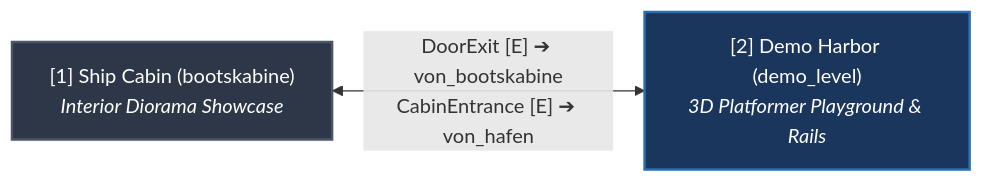
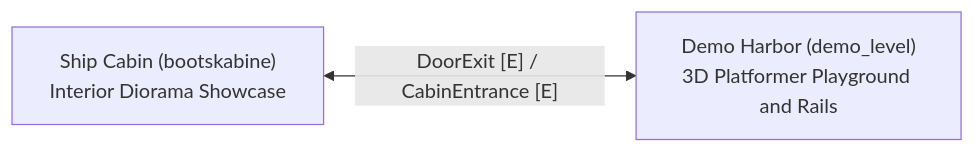
Before and after one commit to jaluraDEV/jalura-framework: the diagram in docs/world_map.md, drawn with Mermaid. The commit also changed other lines of this file and 5 other files, not shown here.

Commit message:
fix(docs): resolve GitHub Mermaid diagram syntax errors and convert file links to relative paths

````diff
--- a/docs/world_map.md
+++ b/docs/world_map.md
@@ -10,10 +10,7 @@
 ```mermaid
-graph LR
-    classDef interior fill:#2d3748,stroke:#4a5568,stroke-width:2px,color:#fff;
-    classDef overworld fill:#1a365d,stroke:#2b6cb0,stroke-width:2px,color:#fff;
+flowchart LR
+    cabin["Ship Cabin (bootskabine)<br/>Interior Diorama Showcase"]
+    harbor["Demo Harbor (demo_level)<br/>3D Platformer Playground and Rails"]
 
-    cabin["[1] Ship Cabin (bootskabine)<br/><i>Interior Diorama Showcase</i>"]:::interior
-    harbor["[2] Demo Harbor (demo_level)<br/><i>3D Platformer Playground & Rails</i>"]:::overworld
-
-    cabin <--> |"DoorExit [E] ➔ von_bootskabine<br/>CabinEntrance [E] ➔ von_hafen"| harbor
+    cabin <-->|"DoorExit [E] / CabinEntrance [E]"| harbor
 ```
````
